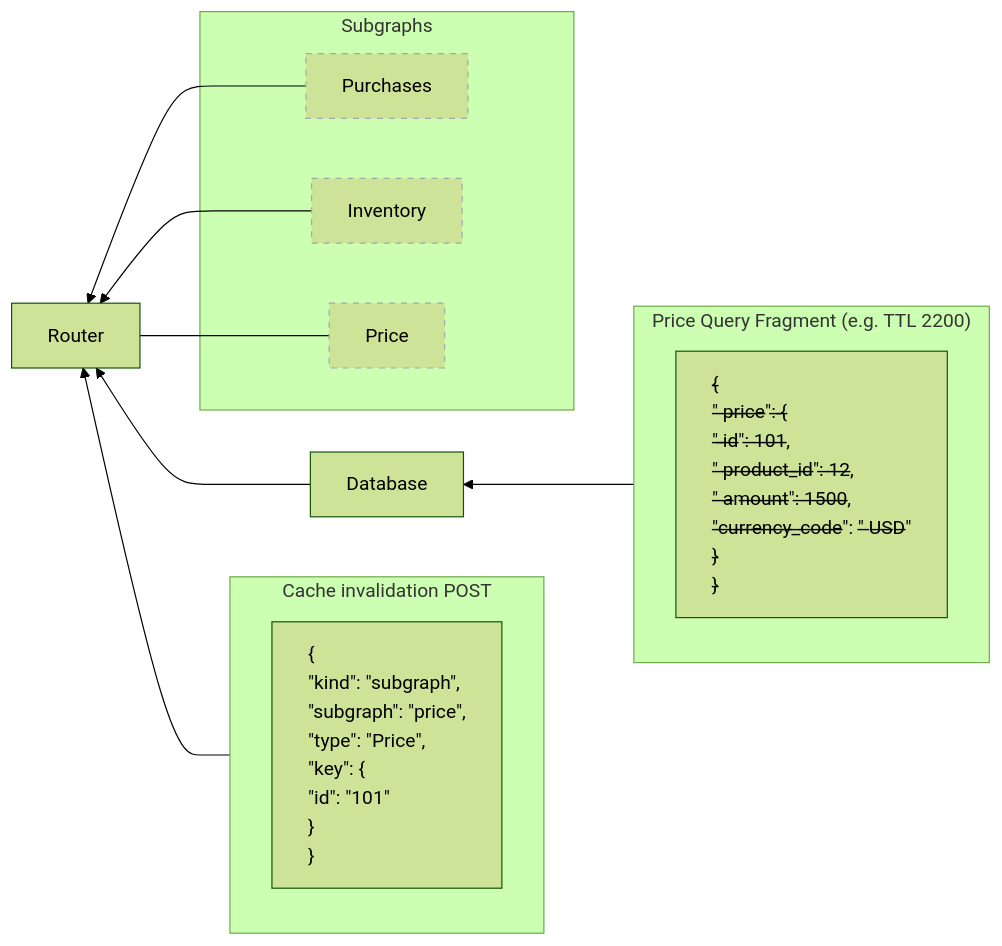
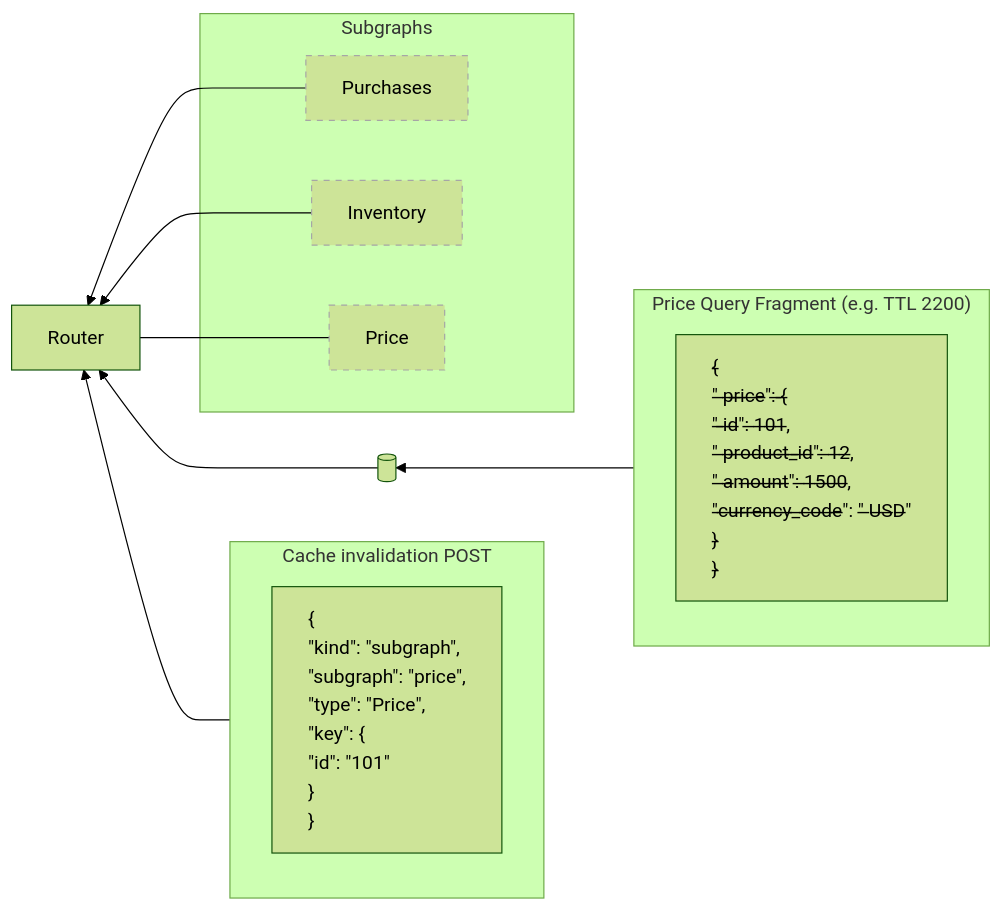
Before and after one commit to apollographql/router: the second of 2 diagrams in docs/source/routing/performance/caching/entity.mdx, drawn with Mermaid (forest theme). The commit also changed other lines of this file, not shown here.

````diff
--- a/docs/source/routing/performance/caching/entity.mdx
+++ b/docs/source/routing/performance/caching/entity.mdx
@@ -218,47 +218,47 @@
 ```mermaid
 
 flowchart RL
 	subgraph QueryResponse["Cache invalidation POST"]
 		n1["{
 			&quot;kind&quot;: &quot;subgraph&quot;,
 			&quot;subgraph&quot;: &quot;price&quot;,
 			&quot;type&quot;: &quot;Price&quot;,
 			&quot;key&quot;: {
 			&quot;id&quot;: &quot;101&quot;
 			}
 		}"]
     end
 
 	subgraph Subgraphs["Subgraphs"]
 		Purchases["Purchases"]
 		Inventory["Inventory"]
 		Price["Price"]
 	end
 
 	subgraph PriceQueryFragment["Price Query Fragment (e.g. TTL 2200)"]
 		n2[" ̶{̶
     	&quot; ̶p̶r̶i̶c̶e̶&quot;:  ̶{̶
         &quot; ̶i̶d̶&quot;:  ̶1̶0̶1̶,
         &quot; ̶p̶r̶o̶d̶u̶c̶t̶_̶i̶d̶&quot;:  ̶1̶2̶,
         &quot; ̶a̶m̶o̶u̶n̶t̶&quot;:  ̶1̶5̶0̶0̶,
         &quot;̶c̶u̶r̶r̶e̶n̶c̶y̶_̶c̶o̶d̶e̶&quot;: &quot; ̶U̶S̶D̶&quot;
     	 ̶}̶
 		 ̶}̶"]
 	end
 
 	Router
-	Database
+	Database[( )]
 
     QueryResponse --> Router
 	Purchases --> Router
 	Inventory --> Router
 	Price --- Router
 	PriceQueryFragment --> Database
 	Database --> Router
 
 	style n1 text-align:left
 	style Price border:none,stroke-width:1px,stroke-dasharray:5 5,stroke:#A6A6A6
 	style Purchases border:none,stroke-width:1px,stroke-dasharray:5 5,stroke:#A6A6A6
 	style Inventory border:none,stroke-width:1px,stroke-dasharray:5 5,stroke:#A6A6A6
 	style n2 text-align:left
 ```
````
